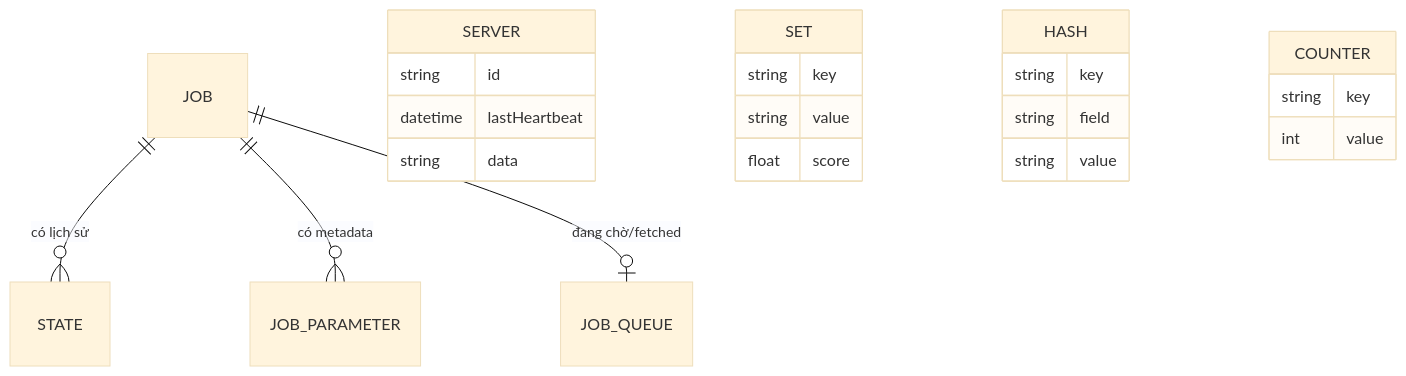
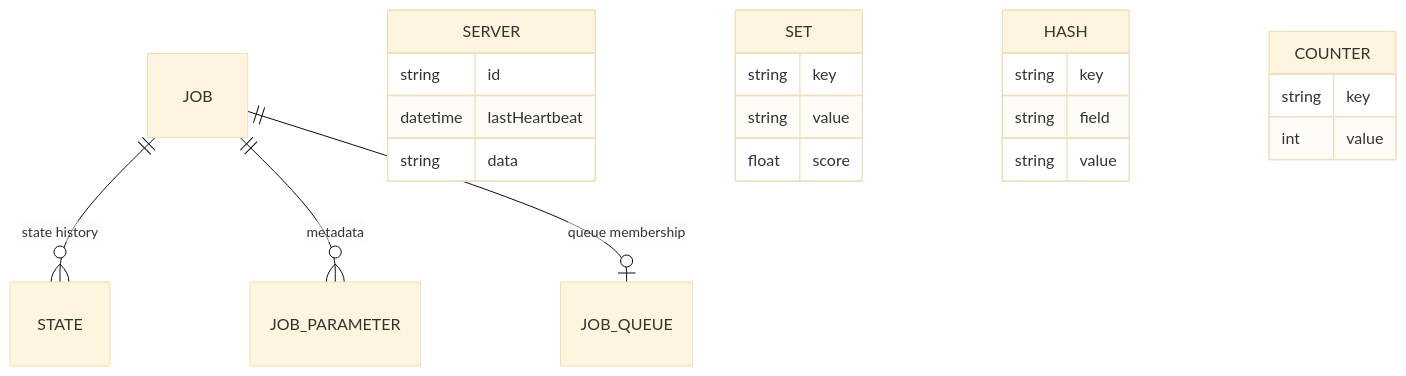
The third of 10 diagrams in src/assets/docs/dotnet-core/hangfire.md (trungdev26/angular-internals), drawn with Mermaid (base theme) before and after one commit. The commit also changed other lines of this file, not shown here.

````diff
--- a/src/assets/docs/dotnet-core/hangfire.md
+++ b/src/assets/docs/dotnet-core/hangfire.md
@@ -152,25 +113,25 @@
 ```mermaid
 erDiagram
-    JOB ||--o{ STATE : "có lịch sử"
-    JOB ||--o{ JOB_PARAMETER : "có metadata"
-    JOB ||--o| JOB_QUEUE : "đang chờ/fetched"
+    JOB ||--o{ STATE : "state history"
+    JOB ||--o{ JOB_PARAMETER : "metadata"
+    JOB ||--o| JOB_QUEUE : "queue membership"
     SERVER {
         string id
         datetime lastHeartbeat
         string data
     }
     SET {
         string key
         string value
         float score
     }
     HASH {
         string key
         string field
         string value
     }
     COUNTER {
         string key
         int value
     }
 ```
````
